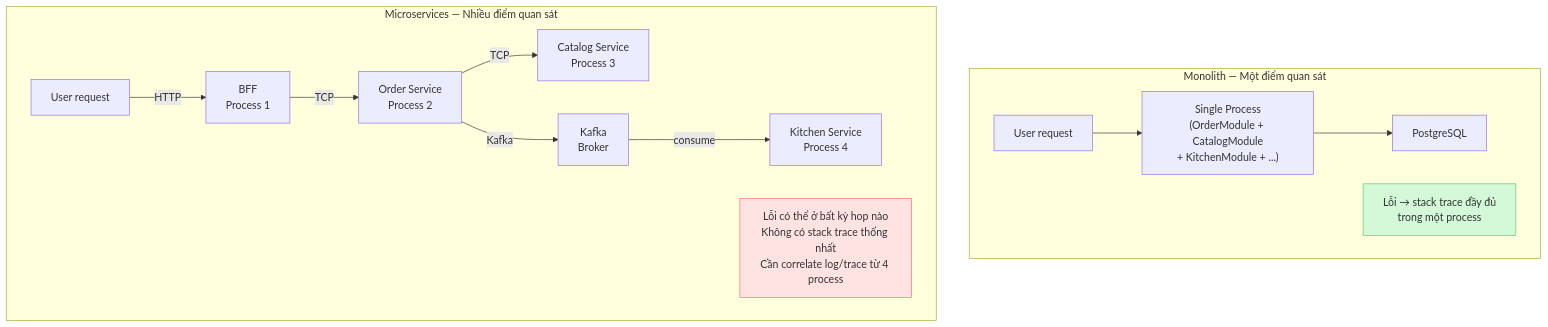
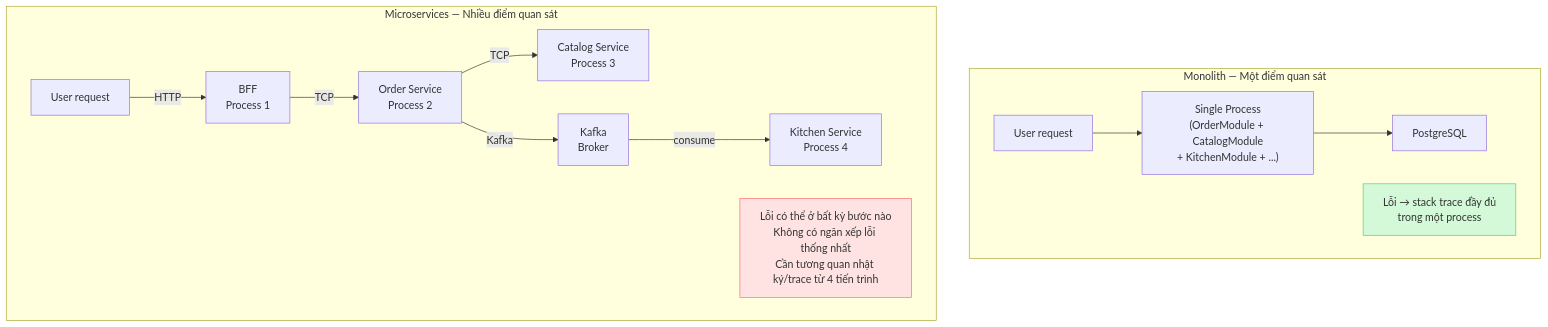
One commit to quan-vo-dinh/saas-pos-microservices-qrtable changed the first of 3 diagrams in docs/guides/monitoring-observability-qrtable.md. Above: the diagram before and after it, drawn with Mermaid. The commit also changed other lines of this file and 46 other files, not shown here.

````diff
--- a/docs/guides/monitoring-observability-qrtable.md
+++ b/docs/guides/monitoring-observability-qrtable.md
@@ -127,30 +127,30 @@
 ```mermaid
 graph TB
     subgraph "Monolith — Một điểm quan sát"
         U1["User request"]
         P1["Single Process\n(OrderModule + CatalogModule\n+ KitchenModule + ...)"]
         DB1["PostgreSQL"]
         U1 --> P1 --> DB1
         E1["Lỗi → stack trace đầy đủ\ntrong một process"]
     end
 
     subgraph "Microservices — Nhiều điểm quan sát"
         U2["User request"]
         B["BFF\nProcess 1"]
         O["Order Service\nProcess 2"]
         C["Catalog Service\nProcess 3"]
         K["Kitchen Service\nProcess 4"]
         KF["Kafka\nBroker"]
 
         U2 -->|"HTTP"| B
         B -->|"TCP"| O
         O -->|"TCP"| C
         O -->|"Kafka"| KF
         KF -->|"consume"| K
 
-        E2["Lỗi có thể ở bất kỳ hop nào\nKhông có stack trace thống nhất\nCần correlate log/trace từ 4 process"]
+        E2["Lỗi có thể ở bất kỳ bước nào\nKhông có ngăn xếp lỗi thống nhất\nCần tương quan nhật ký/trace từ 4 tiến trình"]
     end
 
     style E1 fill:#d3f9d8,stroke:#51cf66
     style E2 fill:#ffe3e3,stroke:#ff6b6b
 ```
````
